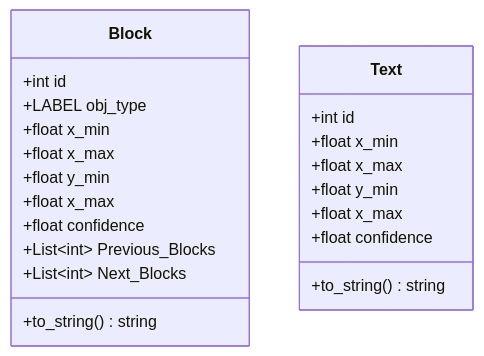
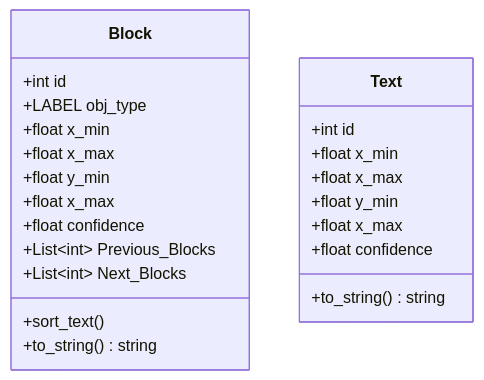
One commit to alochimpasplum/Sidekick-S-TFG changed the diagram in README.md. Above: the diagram before and after it, drawn with Mermaid. The commit also changed 4 other files, not shown here.

````diff
--- a/README.md
+++ b/README.md
@@ -18,24 +18,25 @@
 ```mermaid
 classDiagram
     class Block
       Block: +int id
       Block: +LABEL obj_type
       Block: +float x_min
       Block: +float x_max
       Block: +float y_min
       Block: +float x_max
       Block: +float confidence
       Block: +List~int~ Previous_Blocks
       Block: +List~int~ Next_Blocks
+      Block: +sort_text()
       Block: +to_string() string
       
     class Text
       Text: +int id
       Text: +float x_min
       Text: +float x_max
       Text: +float y_min
       Text: +float x_max
       Text: +float confidence
       Text: +to_string() string
 
 ```
````
